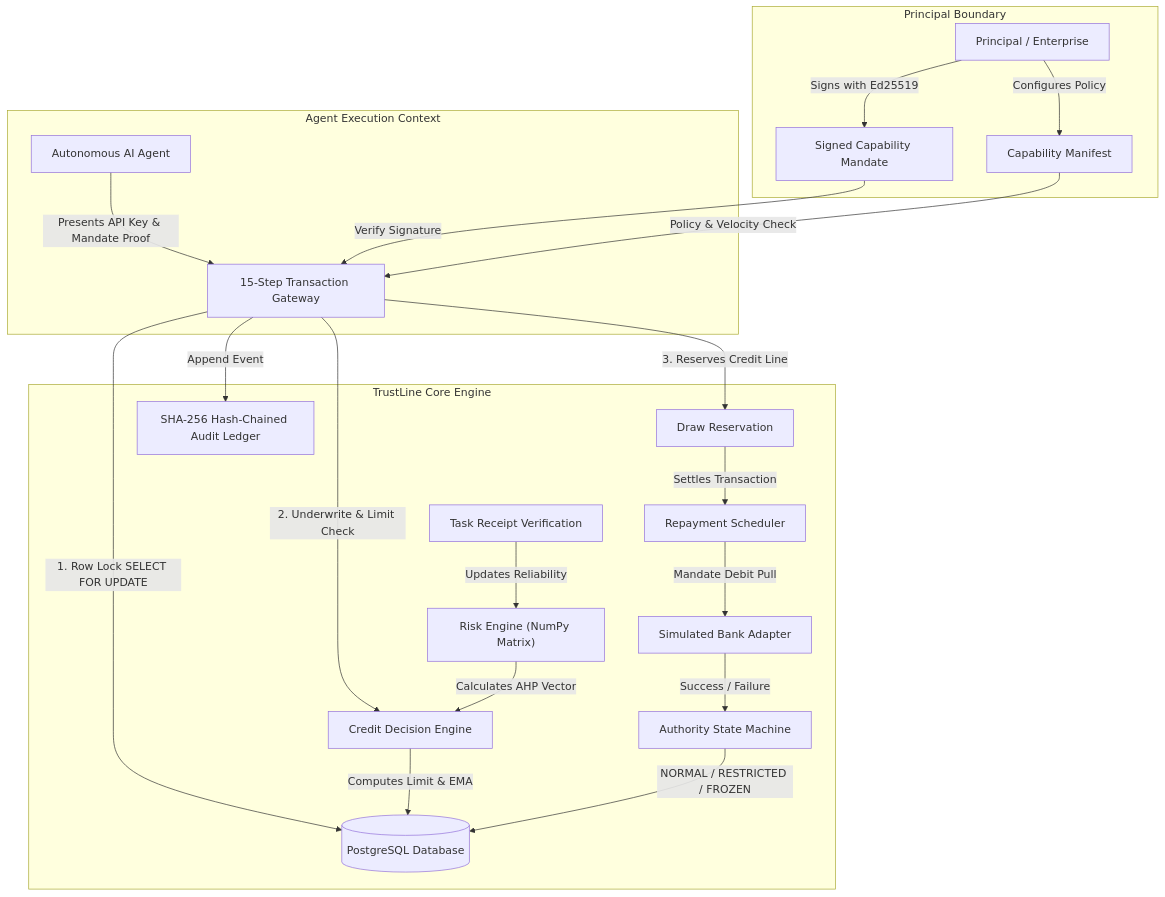
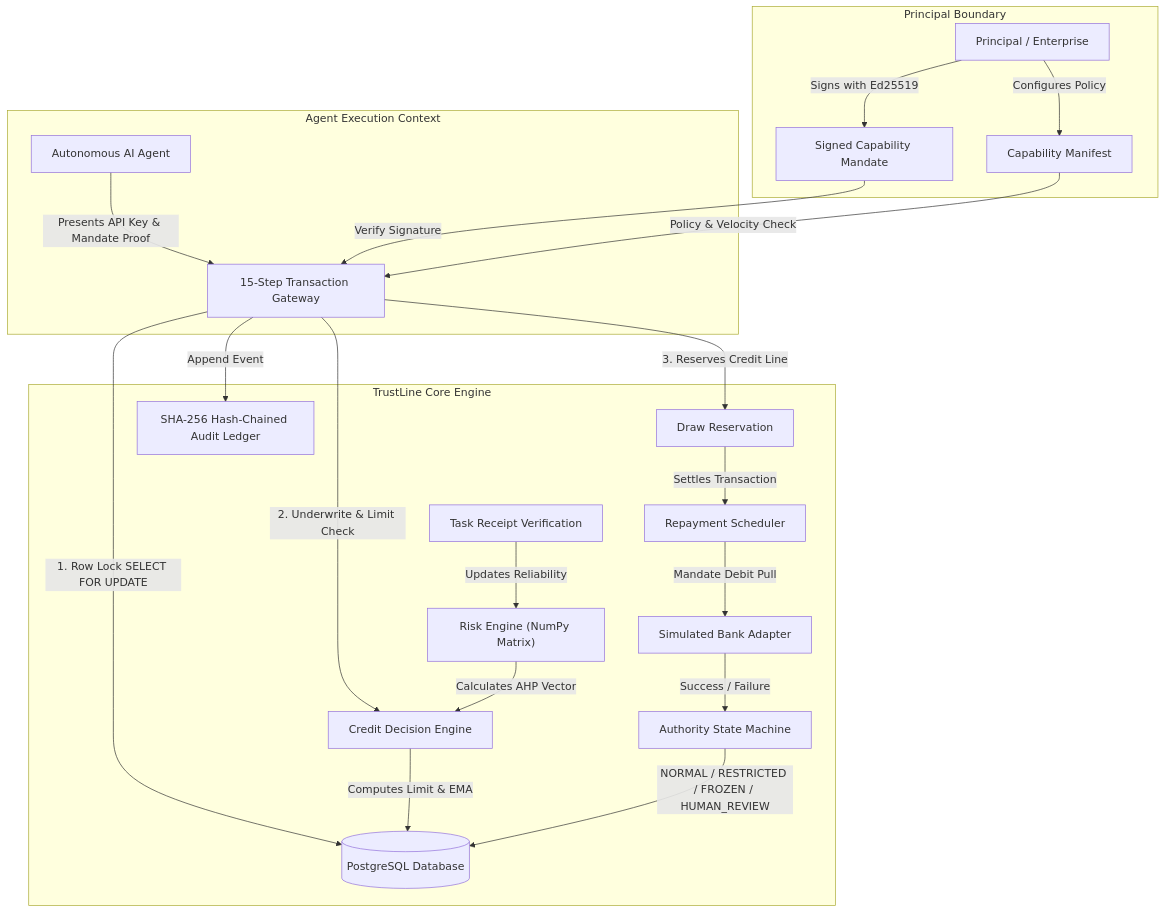
One commit to Destroyer795/TrustLine changed the second of 2 diagrams in README.md. Above: the diagram before and after it, drawn with Mermaid. The commit also changed other lines of this file and 15 other files, not shown here.

First line of the commit message:
docs: add architecture diagrams and system overview images to README

````diff
--- a/README.md
+++ b/README.md
@@ -95,33 +110,33 @@
 ```mermaid
 graph TD
     subgraph Principal Boundary
         P["Principal / Enterprise"] -->|Configures Policy| MANIFEST["Capability Manifest"]
         P -->|Signs with Ed25519| MANDATE["Signed Capability Mandate"]
     end
 
     subgraph Agent Execution Context
         A["Autonomous AI Agent"] -->|Presents API Key & Mandate Proof| GATEWAY["15-Step Transaction Gateway"]
     end
 
     subgraph TrustLine Core Engine
         MANDATE -->|Verify Signature| GATEWAY
         MANIFEST -->|Policy & Velocity Check| GATEWAY
         
         GATEWAY -->|1. Row Lock SELECT FOR UPDATE| DB[("PostgreSQL Database")]
         GATEWAY -->|2. Underwrite & Limit Check| CE["Credit Decision Engine"]
         
         RE["Risk Engine (NumPy Matrix)"] -->|Calculates AHP Vector| CE
         TR["Task Receipt Verification"] -->|Updates Reliability| RE
         
         CE -->|Computes Limit & EMA| DB
         GATEWAY -->|3. Reserves Credit Line| RES["Draw Reservation"]
         
         RES -->|Settles Transaction| REPAY["Repayment Scheduler"]
         REPAY -->|Mandate Debit Pull| BANK["Simulated Bank Adapter"]
         
         BANK -->|Success / Failure| SM["Authority State Machine"]
-        SM -->|NORMAL / RESTRICTED / FROZEN| DB
+        SM -->|NORMAL / RESTRICTED / FROZEN / HUMAN_REVIEW| DB
         
         GATEWAY -->|Append Event| AUDIT["SHA-256 Hash-Chained Audit Ledger"]
     end
 ```
````
